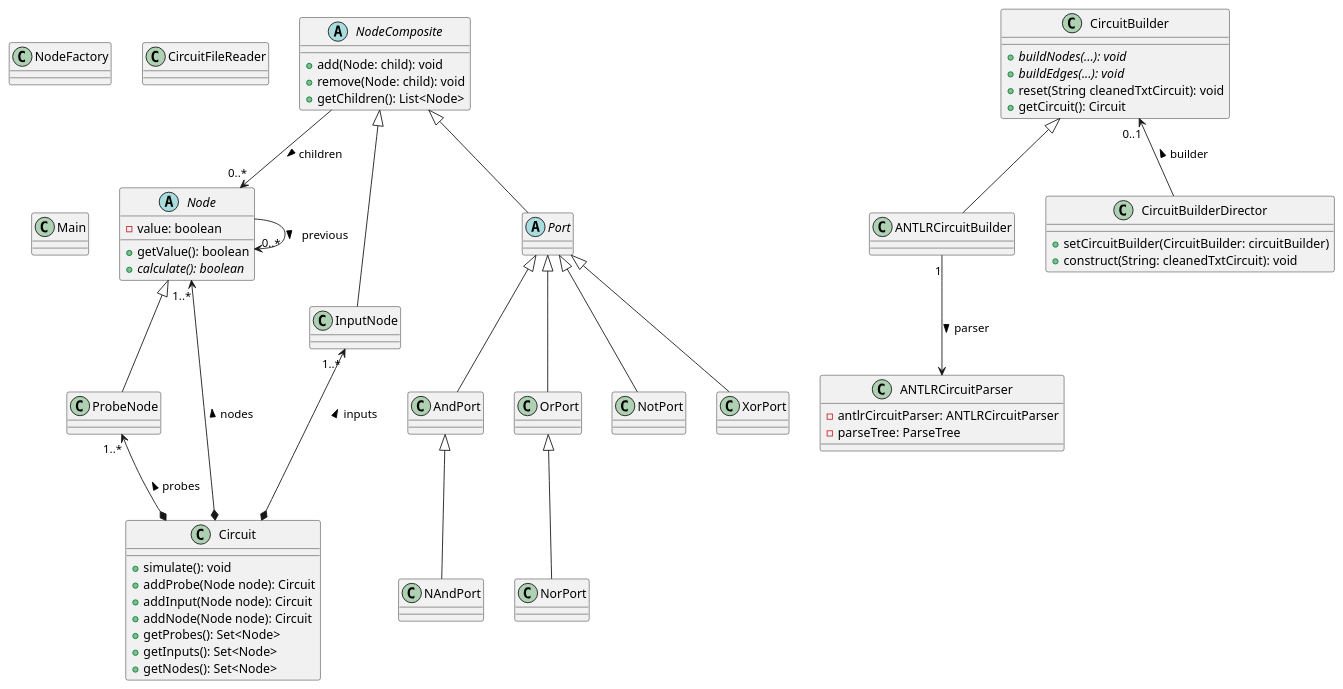
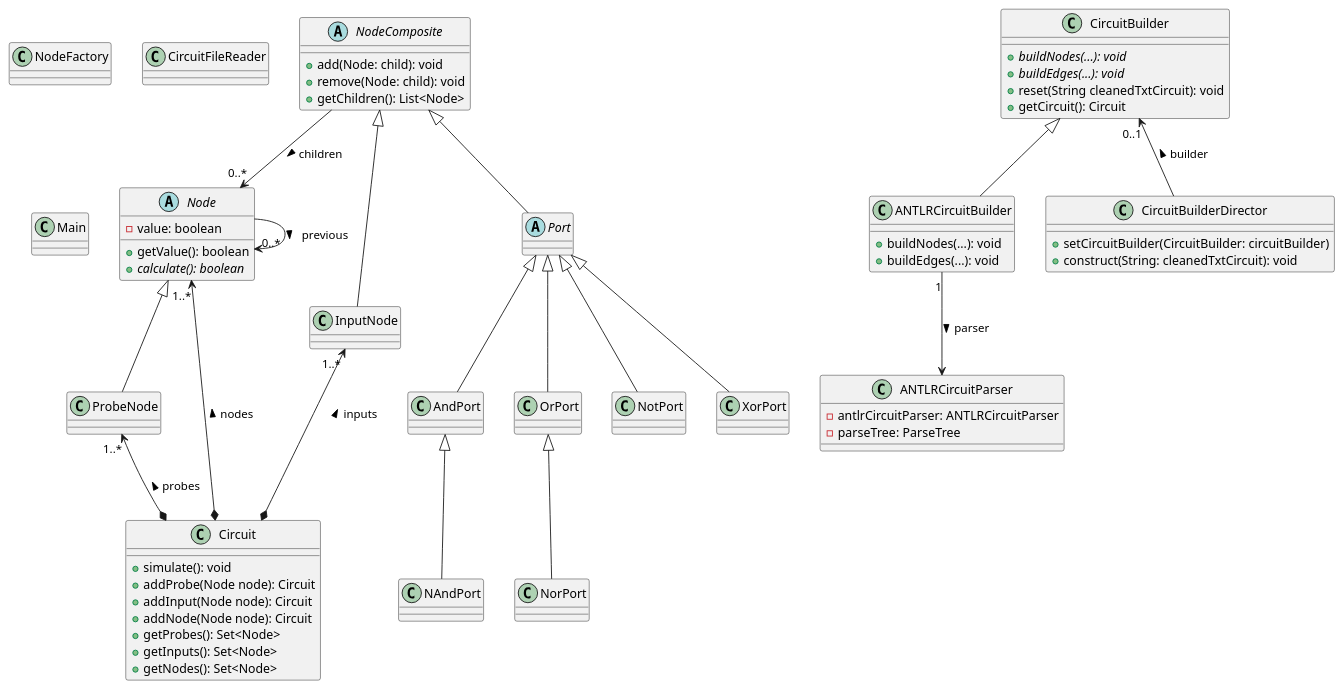
One commit to stevenliebregt/avans-dp1-sirkwie changed the diagram in docs/diagrams/dkd.puml. Above: the diagram before and after it, drawn with PlantUML. The commit also changed 1 other file, not shown here.

```diff
--- a/docs/diagrams/dkd.puml
+++ b/docs/diagrams/dkd.puml
@@ -1,108 +1,109 @@
 @startuml
 
 ' Nodes
 abstract class Node {
     -value: boolean
     +getValue(): boolean
     +{abstract} calculate(): boolean
 }
 Node --> "0..*" Node : previous >
 
 abstract class NodeComposite {
     +add(Node: child): void
     +remove(Node: child): void
     +getChildren(): List<Node>
 }
 NodeComposite --> "0..*" Node : children >
 
 ' Inputs
 class InputNode {
 }
 NodeComposite <|-- InputNode
 
 class ProbeNode {
 }
 Node <|-- ProbeNode
 
 ' Ports
 abstract class Port {
 }
 NodeComposite <|-- Port
 
 class AndPort {
 }
 Port <|-- AndPort
 
 class NAndPort {
 }
 AndPort <|-- NAndPort
 
 class OrPort {
 }
 Port <|-- OrPort
 
 class NorPort {
 }
 OrPort <|-- NorPort
 
 class NotPort {
 }
 Port <|-- NotPort
 
 class XorPort {
 }
 Port <|-- XorPort
 
 ' Circuit
 class Circuit {
     +simulate(): void
     +addProbe(Node node): Circuit
     +addInput(Node node): Circuit
     +addNode(Node node): Circuit
     +getProbes(): Set<Node>
     +getInputs(): Set<Node>
     +getNodes(): Set<Node>
 }
 InputNode "1..*" <--* Circuit : inputs <
 ProbeNode "1..*" <--* Circuit : probes <
 Node "1..*" <--* Circuit : nodes <
 
 ' CircuitBuilder
 class CircuitBuilder {
     +{abstract} buildNodes(...): void
     +{abstract} buildEdges(...): void
     +reset(String cleanedTxtCircuit): void
     +getCircuit(): Circuit
 }
 
 class ANTLRCircuitBuilder {
+    +buildNodes(...): void
+    +buildEdges(...): void
 }
 CircuitBuilder <|-- ANTLRCircuitBuilder
 ANTLRCircuitBuilder "1" --> ANTLRCircuitParser : parser >
 
 class CircuitBuilderDirector {
     +setCircuitBuilder(CircuitBuilder: circuitBuilder)
     +construct(String: cleanedTxtCircuit): void
 }
 CircuitBuilder "0..1" <-- CircuitBuilderDirector : builder <
 
 ' NodeFactory
 class NodeFactory {
 }
 
 ' CircuitParser
 class ANTLRCircuitParser {
     -antlrCircuitParser: ANTLRCircuitParser
     -parseTree: ParseTree
 }
 
 ' CircuitFileReader
 class CircuitFileReader {
 }
 
 ' Main
 class Main {
 }
 
-
 @enduml
```
